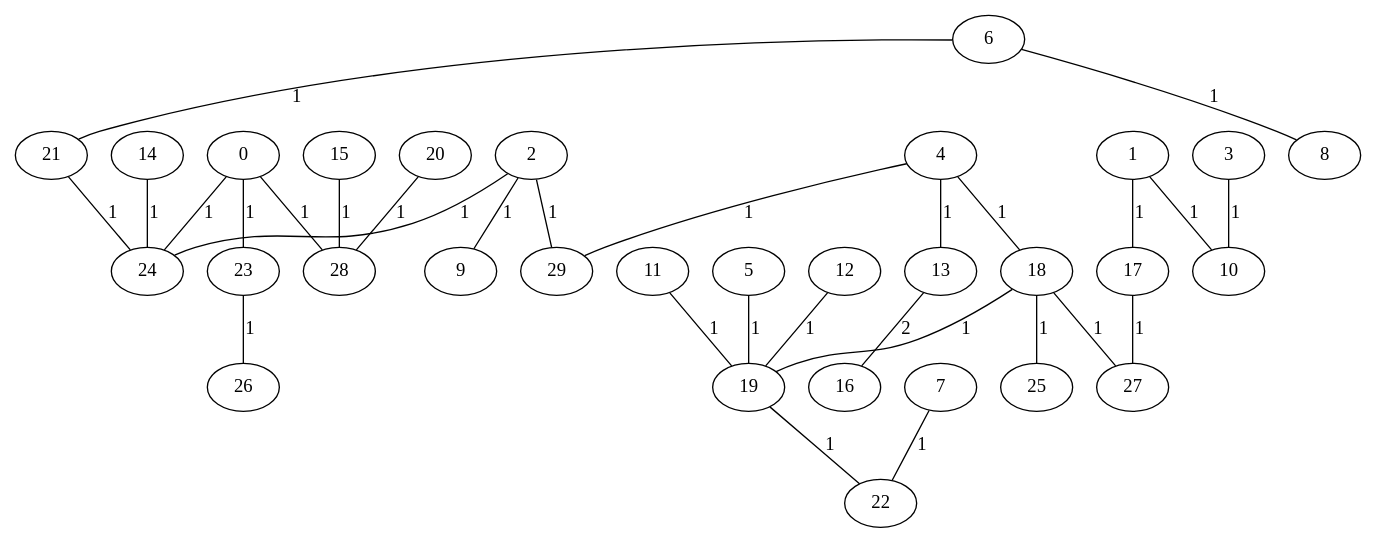
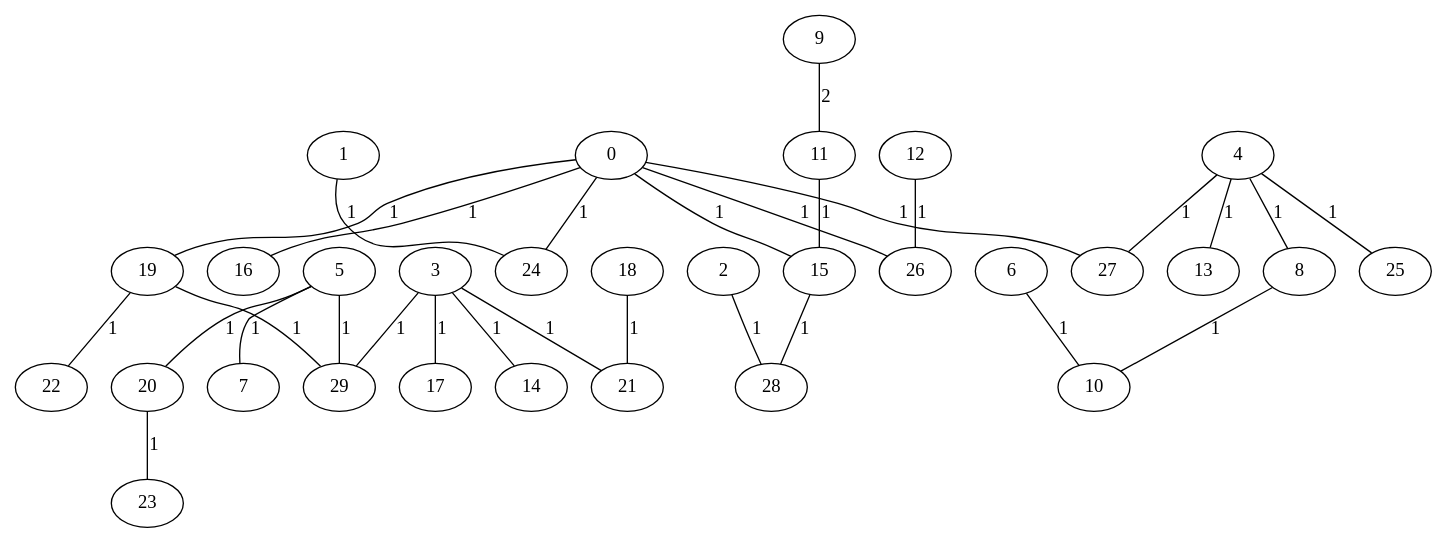
Before and after one commit to saradejesuss/GenerarGrafos: the diagram in Kruskal_Geo3030.gv, drawn with Graphviz. The commit also changed 15 other files, not shown here.

```diff
--- a/Kruskal_Geo3030.gv
+++ b/Kruskal_Geo3030.gv
@@ -1,61 +1,61 @@
 graph{
-   24;
-   11;
-   0;
-   29;
-   15;
-   8;
-   16;
-   19;
-   4;
+   28;
+   14;
    5;
    23;
+   2;
+   6;
+   22;
+   13;
+   9;
    10;
+   4;
+   8;
+   15;
+   19;
+   24;
+   0;
+   27;
+   29;
+   3;
+   11;
+   26;
+   20;
+   18;
+   16;
+   12;
    25;
+   7;
    1;
-   13;
-   26;
-   6;
-   9;
-   7;
-   3;
    17;
-   2;
-   20;
-   12;
-   14;
    21;
-   22;
-   28;
-   27;
-   18;
-   0 -- 23 [label="1"];
-   11 -- 19 [label="1"];
-   2 -- 9 [label="1"];
-   1 -- 17 [label="1"];
-   4 -- 18 [label="1"];
-   5 -- 19 [label="1"];
-   2 -- 24 [label="1"];
-   18 -- 27 [label="1"];
-   18 -- 25 [label="1"];
+   5 -- 29 [label="1"];
+   6 -- 10 [label="1"];
+   9 -- 11 [label="2"];
+   4 -- 8 [label="1"];
+   19 -- 22 [label="1"];
+   2 -- 28 [label="1"];
+   15 -- 28 [label="1"];
+   4 -- 25 [label="1"];
+   3 -- 21 [label="1"];
+   4 -- 27 [label="1"];
+   4 -- 13 [label="1"];
+   0 -- 19 [label="1"];
+   3 -- 14 [label="1"];
+   19 -- 29 [label="1"];
+   0 -- 26 [label="1"];
    0 -- 24 [label="1"];
-   15 -- 28 [label="1"];
-   1 -- 10 [label="1"];
-   4 -- 13 [label="1"];
-   23 -- 26 [label="1"];
-   7 -- 22 [label="1"];
-   4 -- 29 [label="1"];
-   14 -- 24 [label="1"];
-   2 -- 29 [label="1"];
-   3 -- 10 [label="1"];
-   17 -- 27 [label="1"];
-   18 -- 19 [label="1"];
-   6 -- 8 [label="1"];
-   12 -- 19 [label="1"];
-   6 -- 21 [label="1"];
-   0 -- 28 [label="1"];
-   19 -- 22 [label="1"];
-   20 -- 28 [label="1"];
-   21 -- 24 [label="1"];
-   13 -- 16 [label="2"];
+   0 -- 15 [label="1"];
+   0 -- 16 [label="1"];
+   8 -- 10 [label="1"];
+   0 -- 27 [label="1"];
+   3 -- 29 [label="1"];
+   18 -- 21 [label="1"];
+   5 -- 7 [label="1"];
+   3 -- 17 [label="1"];
+   11 -- 15 [label="1"];
+   12 -- 26 [label="1"];
+   5 -- 20 [label="1"];
+   1 -- 24 [label="1"];
+   20 -- 23 [label="1"];
 }
```
